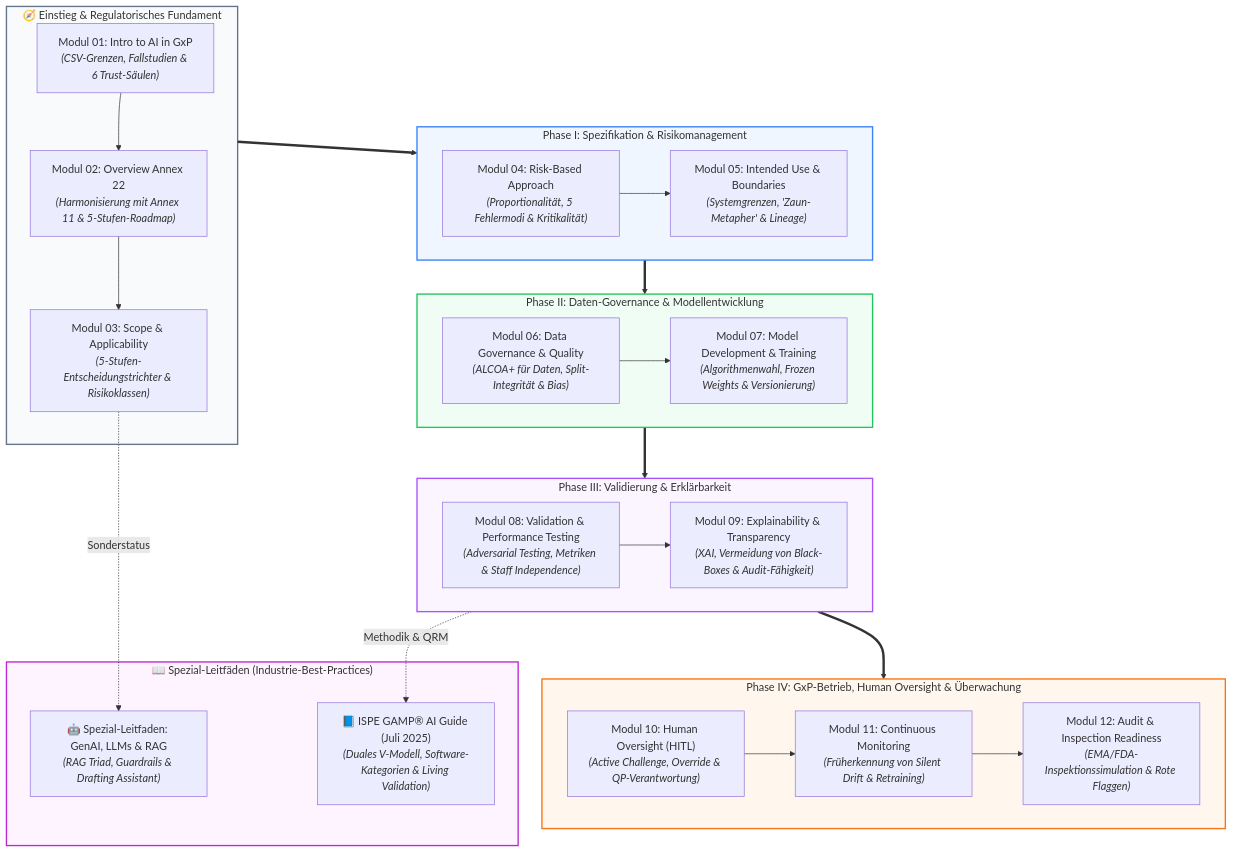
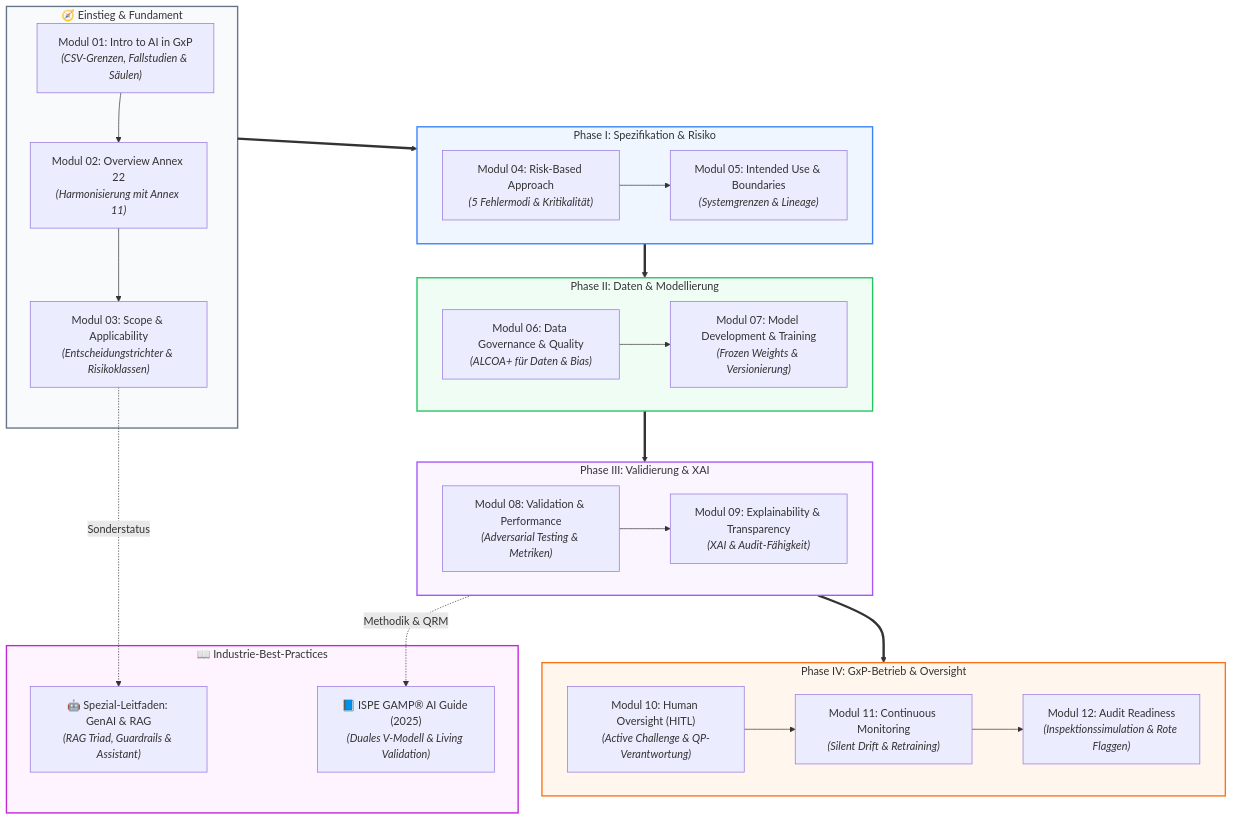
The second of 2 diagrams in docs/de/00_overview.md (Lunaman06/Annex22), drawn with Mermaid before and after one commit. The commit also changed other lines of this file and 29 other files, not shown here.

Commit message:
style(docs): optimize mermaid diagram aspect ratios, edge flows and legibility across all DE and EN modules

````diff
--- a/docs/de/00_overview.md
+++ b/docs/de/00_overview.md
@@ -59,54 +63,54 @@
 ```mermaid
 flowchart TD
-    subgraph S0["🧭 Einstieg & Regulatorisches Fundament"]
-        M01["Modul 01: Intro to AI in GxP<br/><i>(CSV-Grenzen, Fallstudien & 6 Trust-Säulen)</i>"]
-        M02["Modul 02: Overview Annex 22<br/><i>(Harmonisierung mit Annex 11 & 5-Stufen-Roadmap)</i>"]
-        M03["Modul 03: Scope & Applicability<br/><i>(5-Stufen-Entscheidungstrichter & Risikoklassen)</i>"]
+    subgraph S0["🧭 Einstieg & Fundament"]
+        M01["Modul 01: Intro to AI in GxP<br/><i>(CSV-Grenzen, Fallstudien & Säulen)</i>"]
+        M02["Modul 02: Overview Annex 22<br/><i>(Harmonisierung mit Annex 11)</i>"]
+        M03["Modul 03: Scope & Applicability<br/><i>(Entscheidungstrichter & Risikoklassen)</i>"]
         M01 --> M02 --> M03
     end
 
-    subgraph S1["Phase I: Spezifikation & Risikomanagement"]
-        M04["Modul 04: Risk-Based Approach<br/><i>(Proportionalität, 5 Fehlermodi & Kritikalität)</i>"]
-        M05["Modul 05: Intended Use & Boundaries<br/><i>(Systemgrenzen, 'Zaun-Metapher' & Lineage)</i>"]
+    subgraph S1["Phase I: Spezifikation & Risiko"]
+        M04["Modul 04: Risk-Based Approach<br/><i>(5 Fehlermodi & Kritikalität)</i>"]
+        M05["Modul 05: Intended Use & Boundaries<br/><i>(Systemgrenzen & Lineage)</i>"]
         M04 --> M05
     end
 
-    subgraph S2["Phase II: Daten-Governance & Modellentwicklung"]
-        M06["Modul 06: Data Governance & Quality<br/><i>(ALCOA+ für Daten, Split-Integrität & Bias)</i>"]
-        M07["Modul 07: Model Development & Training<br/><i>(Algorithmenwahl, Frozen Weights & Versionierung)</i>"]
+    subgraph S2["Phase II: Daten & Modellierung"]
+        M06["Modul 06: Data Governance & Quality<br/><i>(ALCOA+ für Daten & Bias)</i>"]
+        M07["Modul 07: Model Development & Training<br/><i>(Frozen Weights & Versionierung)</i>"]
         M06 --> M07
     end
 
-    subgraph S3["Phase III: Validierung & Erklärbarkeit"]
-        M08["Modul 08: Validation & Performance Testing<br/><i>(Adversarial Testing, Metriken & Staff Independence)</i>"]
-        M09["Modul 09: Explainability & Transparency<br/><i>(XAI, Vermeidung von Black-Boxes & Audit-Fähigkeit)</i>"]
+    subgraph S3["Phase III: Validierung & XAI"]
+        M08["Modul 08: Validation & Performance<br/><i>(Adversarial Testing & Metriken)</i>"]
+        M09["Modul 09: Explainability & Transparency<br/><i>(XAI & Audit-Fähigkeit)</i>"]
         M08 --> M09
     end
 
-    subgraph S4["Phase IV: GxP-Betrieb, Human Oversight & Überwachung"]
-        M10["Modul 10: Human Oversight (HITL)<br/><i>(Active Challenge, Override & QP-Verantwortung)</i>"]
-        M11["Modul 11: Continuous Monitoring<br/><i>(Früherkennung von Silent Drift & Retraining)</i>"]
-        M12["Modul 12: Audit & Inspection Readiness<br/><i>(EMA/FDA-Inspektionssimulation & Rote Flaggen)</i>"]
+    subgraph S4["Phase IV: GxP-Betrieb & Oversight"]
+        M10["Modul 10: Human Oversight (HITL)<br/><i>(Active Challenge & QP-Verantwortung)</i>"]
+        M11["Modul 11: Continuous Monitoring<br/><i>(Silent Drift & Retraining)</i>"]
+        M12["Modul 12: Audit Readiness<br/><i>(Inspektionssimulation & Rote Flaggen)</i>"]
         M10 --> M11 --> M12
     end
 
-    subgraph SA["📖 Spezial-Leitfäden (Industrie-Best-Practices)"]
-        APP_GEN["🤖 Spezial-Leitfaden: GenAI, LLMs & RAG<br/><i>(RAG Triad, Guardrails & Drafting Assistant)</i>"]
-        APP_GAMP["📘 ISPE GAMP® AI Guide (Juli 2025)<br/><i>(Duales V-Modell, Software-Kategorien & Living Validation)</i>"]
+    subgraph SA["📖 Industrie-Best-Practices"]
+        APP_GEN["🤖 Spezial-Leitfaden: GenAI & RAG<br/><i>(RAG Triad, Guardrails & Assistant)</i>"]
+        APP_GAMP["📘 ISPE GAMP® AI Guide (2025)<br/><i>(Duales V-Modell & Living Validation)</i>"]
     end
 
     S0 ==> S1
     S1 ==> S2
     S2 ==> S3
     S3 ==> S4
 
     M03 -. Sonderstatus .-> APP_GEN
     S3 -. Methodik & QRM .-> APP_GAMP
 
     style S0 fill:#f8fafc,stroke:#64748b,stroke-width:2px
     style S1 fill:#eff6ff,stroke:#3b82f6,stroke-width:2px
     style S2 fill:#f0fdf4,stroke:#22c55e,stroke-width:2px
     style S3 fill:#faf5ff,stroke:#a855f7,stroke-width:2px
     style S4 fill:#fff7ed,stroke:#f97316,stroke-width:2px
     style SA fill:#fdf4ff,stroke:#c026d3,stroke-width:2px
 ```
````
